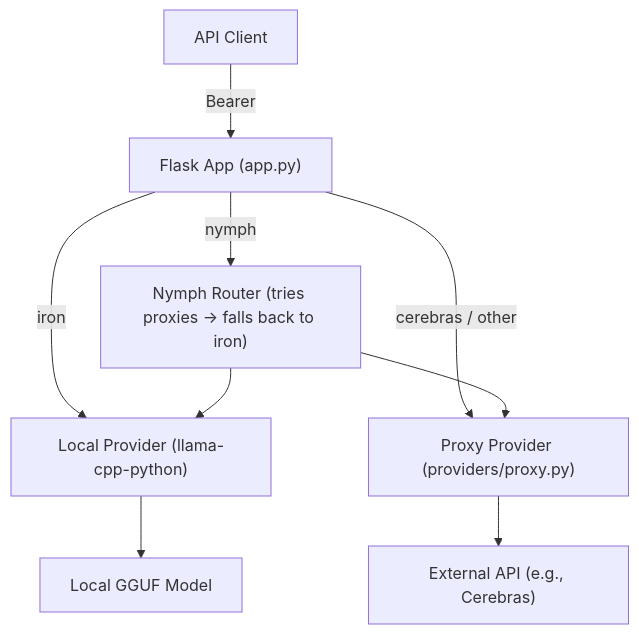
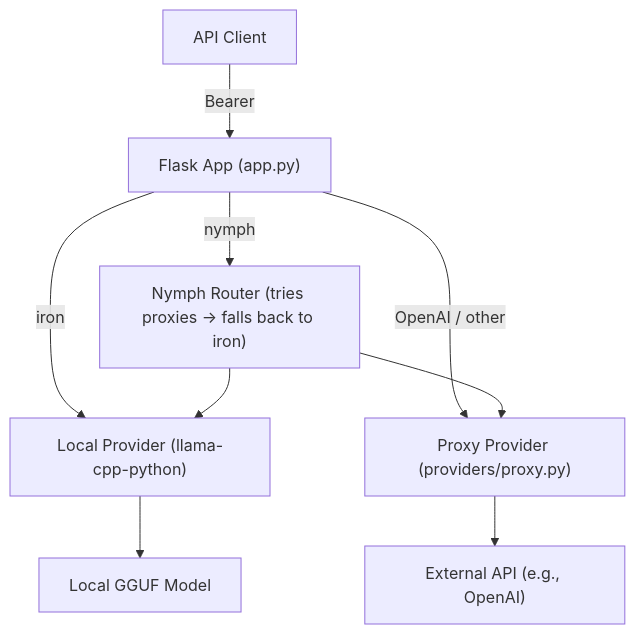
One commit to ai-tech-tw/ironnect changed the diagram in AGENTS.md. Above: the diagram before and after it, drawn with Mermaid. The commit also changed other lines of this file, not shown here.

Commit message:
docs: update proxy provider example from "cerebras" to "OpenAI"

````diff
--- a/AGENTS.md
+++ b/AGENTS.md
@@ -58,11 +58,11 @@
 ```mermaid
 graph TD
     Client["API Client"] -->|"Bearer <provider> <token>"| Flask["Flask App (app.py)"]
     Flask -->|iron| Local["Local Provider (llama-cpp-python)"]
     Flask -->|nymph| Nymph["Nymph Router (tries proxies → falls back to iron)"]
-    Flask -->|cerebras / other| Proxy["Proxy Provider (providers/proxy.py)"]
+    Flask -->|OpenAI / other| Proxy["Proxy Provider (providers/proxy.py)"]
     Local --> GGUF["Local GGUF Model"]
-    Proxy --> ExtAPI["External API (e.g., Cerebras)"]
+    Proxy --> ExtAPI["External API (e.g., OpenAI)"]
     Nymph --> Proxy
     Nymph --> Local
 ```
````
